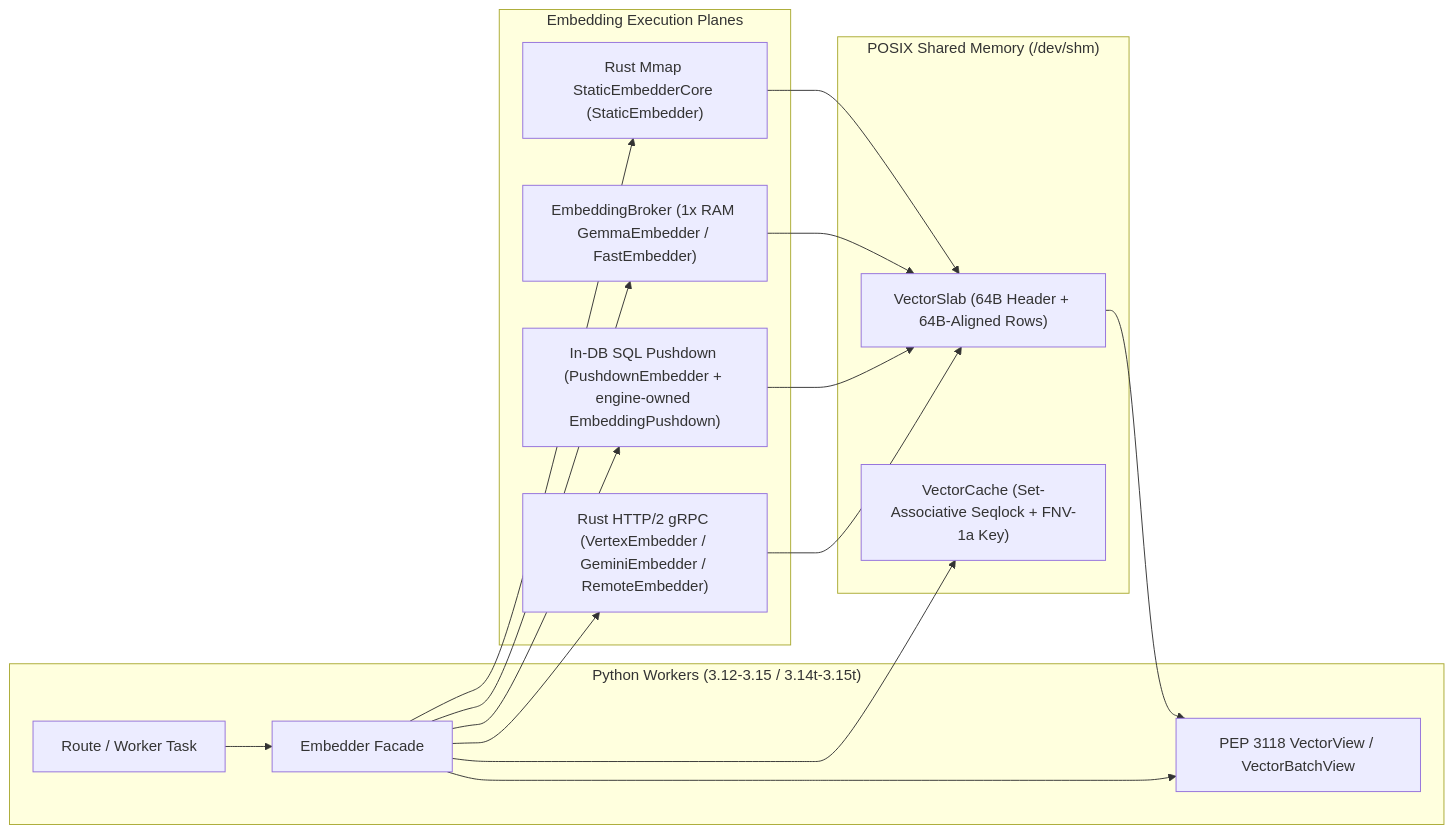
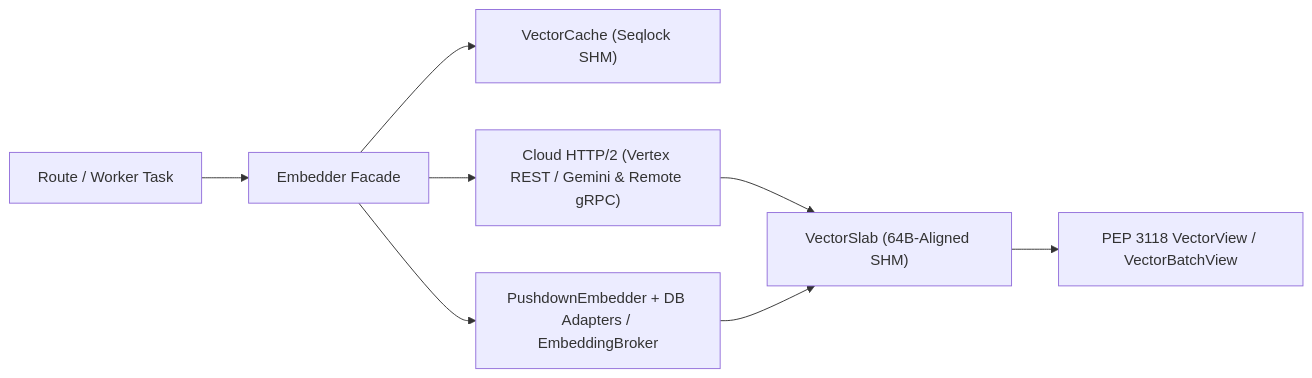
Before and after one commit to cofin/vertebra: the diagram in .agents/bundles/knowledge/domains/agent/embeddings-and-vectors.md, drawn with Mermaid. The commit also changed other lines of this file and 74 other files, not shown here.

First line of the commit message:
feat(gcp,embeddings): add OIDC ID token cache, Vertex/Gemini wire parity, and SQL pushdowns (#132)

````diff
--- a/.agents/bundles/knowledge/domains/agent/embeddings-and-vectors.md
+++ b/.agents/bundles/knowledge/domains/agent/embeddings-and-vectors.md
@@ -104,30 +110,9 @@
 ```mermaid
 flowchart LR
-    subgraph Workers["Python Workers (3.12-3.15 / 3.14t-3.15t)"]
-        W1["Route / Worker Task"] --> Emb["Embedder Facade"]
-        Emb --> VView["PEP 3118 VectorView / VectorBatchView"]
-    end
-
-    subgraph Backends["Embedding Execution Planes"]
-        GGrpc["Rust HTTP/2 gRPC (VertexEmbedder / GeminiEmbedder / RemoteEmbedder)"]
-        SqlPush["In-DB SQL Pushdown (PushdownEmbedder + engine-owned EmbeddingPushdown)"]
-        Broker["EmbeddingBroker (1x RAM GemmaEmbedder / FastEmbedder)"]
-        Static["Rust Mmap StaticEmbedderCore (StaticEmbedder)"]
-    end
-
-    subgraph ShmPlane["POSIX Shared Memory (/dev/shm)"]
-        Slab["VectorSlab (64B Header + 64B-Aligned Rows)"]
-        Cache["VectorCache (Set-Associative Seqlock + FNV-1a Key)"]
-    end
-
-    Emb --> Cache
-    Emb --> GGrpc
-    Emb --> SqlPush
-    Emb --> Broker
-    Emb --> Static
-    GGrpc --> Slab
-    SqlPush --> Slab
-    Broker --> Slab
-    Static --> Slab
-    Slab --> VView
+    W1["Route / Worker Task"] --> Emb["Embedder Facade"]
+    Emb --> Cache["VectorCache (Seqlock SHM)"]
+    Emb --> Cloud["Cloud HTTP/2 (Vertex REST / Gemini & Remote gRPC)"]
+    Emb --> SqlPush["PushdownEmbedder + DB Adapters / EmbeddingBroker"]
+    Cloud --> Slab["VectorSlab (64B-Aligned SHM)"]
+    SqlPush --> Slab --> VView["PEP 3118 VectorView / VectorBatchView"]
 ```
````
